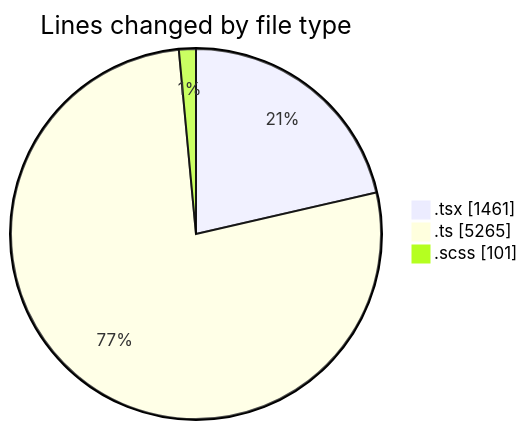
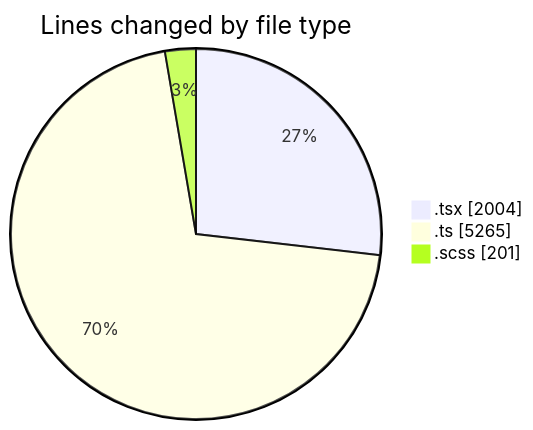
Before and after one commit to momahboobian/code-tracking: the first of 2 diagrams in 2026-10-14/cda/README.md, drawn with Mermaid. The commit also changed other lines of this file and 1 other file, not shown here.

````diff
--- a/2026-10-14/cda/README.md
+++ b/2026-10-14/cda/README.md
@@ -32,7 +34,7 @@
 ```mermaid
 pie showData
 title Lines changed by file type
-".tsx" : 1461
+".tsx" : 2004
 ".ts" : 5265
-".scss" : 101
+".scss" : 201
 ```
````
